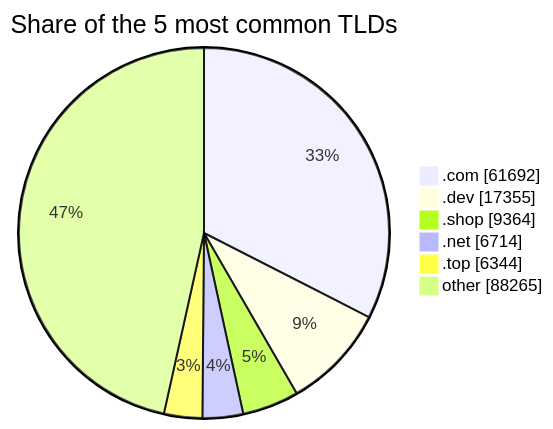
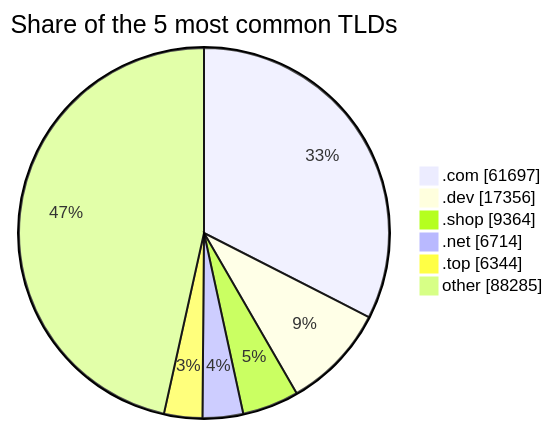
The third of 3 diagrams in README.md (DNSBunker/CTI), drawn with Mermaid before and after one commit. The commit also changed other lines of this file and 3 other files, not shown here.

````diff
--- a/README.md
+++ b/README.md
@@ -81,9 +81,9 @@
 ```mermaid
 pie showData title Share of the 5 most common TLDs
-    ".com" : 61692
-    ".dev" : 17355
+    ".com" : 61697
+    ".dev" : 17356
     ".shop" : 9364
     ".net" : 6714
     ".top" : 6344
-    "other" : 88265
+    "other" : 88285
 ```
````
